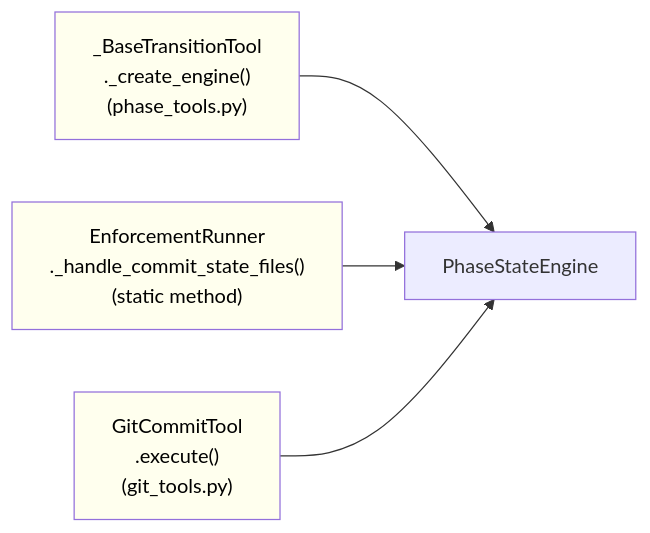
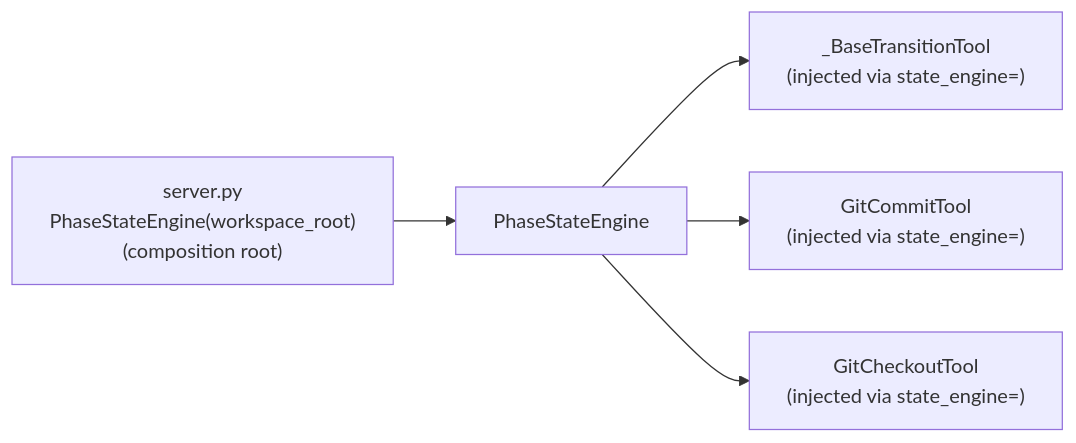
One commit to MikeyVK/S1mpleTraderV3 changed the fourth of 4 diagrams in docs/mcp_server/architectural_diagrams/04_enforcement_layer.md. Above: the diagram before and after it, drawn with Mermaid. The commit also changed other lines of this file and 6 other files, not shown here.

Commit message:
docs(P_DOCUMENTATION): docs: update PR creation docs for submit_pr atomic flow and enforcement layer revision (issue #283)

````diff
--- a/docs/mcp_server/architectural_diagrams/04_enforcement_layer.md
+++ b/docs/mcp_server/architectural_diagrams/04_enforcement_layer.md
@@ -73,15 +195,13 @@
 ```mermaid
 graph LR
-    R1["_BaseTransitionTool<br/>._create_engine()<br/>(phase_tools.py)"]
-    R2["EnforcementRunner<br/>._handle_commit_state_files()<br/>(static method)"]
-    R3["GitCommitTool<br/>.execute()<br/>(git_tools.py)"]
+    Server["server.py<br/>PhaseStateEngine(workspace_root)<br/>(composition root)"]
+    PT["_BaseTransitionTool<br/>(injected via state_engine=)"]
+    GCT["GitCommitTool<br/>(injected via state_engine=)"]
+    GKT["GitCheckoutTool<br/>(injected via state_engine=)"]
     PSE["PhaseStateEngine"]
 
-    R1 --> PSE
-    R2 --> PSE
-    R3 --> PSE
-
-    style R1 fill:#ffe,color:#000
-    style R2 fill:#ffe,color:#000
-    style R3 fill:#ffe,color:#000
+    Server --> PSE
+    PSE --> PT
+    PSE --> GCT
+    PSE --> GKT
 ```
````
